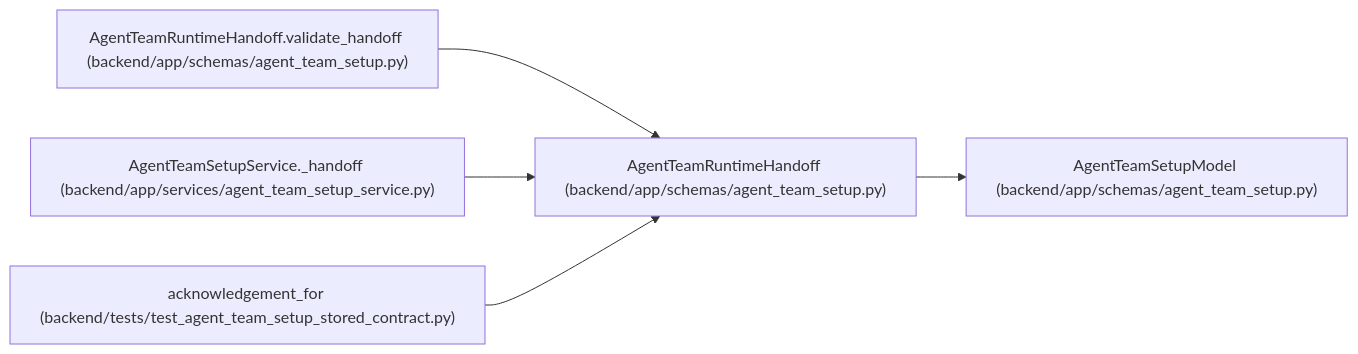
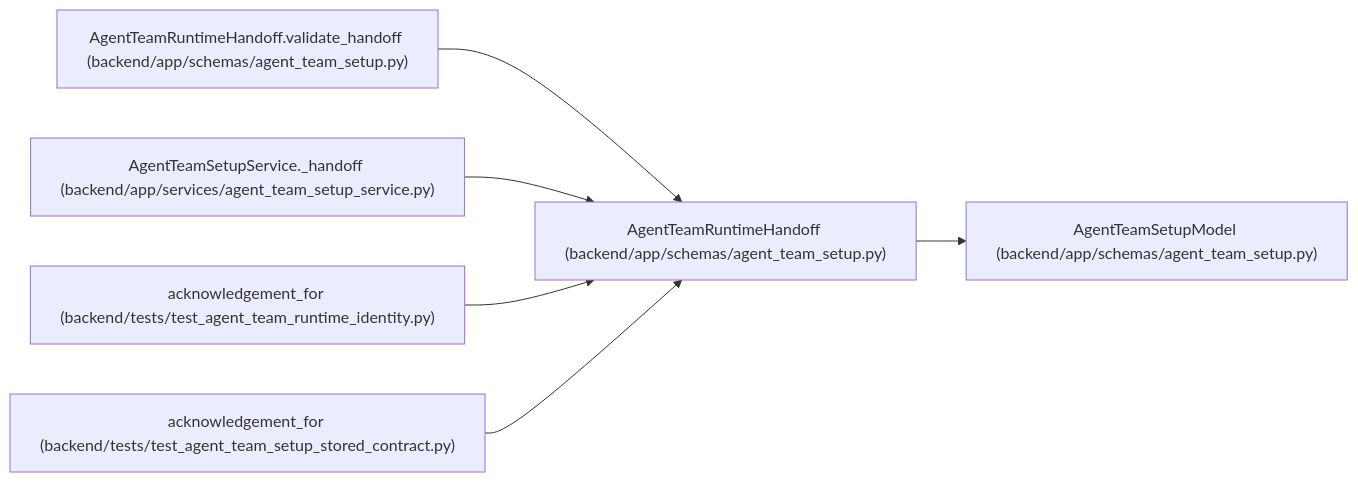
The diagram in docs/llm_wiki/entities/agent_team_setup_AgentTeamRuntimeHandoff.md (Denissvgn/WorkChord), drawn with Mermaid before and after one commit. The commit also changed other lines of this file and 722 other files, not shown here.

Commit message:
Sync the architectural wiki for the onboarding runtime instance

````diff
--- a/docs/llm_wiki/entities/agent_team_setup_AgentTeamRuntimeHandoff.md
+++ b/docs/llm_wiki/entities/agent_team_setup_AgentTeamRuntimeHandoff.md
@@ -48,17 +49,20 @@
 ```mermaid
 flowchart LR
     n0["AgentTeamRuntimeHandoff (backend/app/schemas/agent_team_setup.py)"]
     n1["AgentTeamSetupModel (backend/app/schemas/agent_team_setup.py)"]
     n2["AgentTeamRuntimeHandoff.validate_handoff (backend/app/schemas/agent_team_setup.py)"]
     n3["AgentTeamSetupService._handoff (backend/app/services/agent_team_setup_service.py)"]
-    n4["acknowledgement_for (backend/tests/test_agent_team_setup_stored_contract.py)"]
+    n4["acknowledgement_for (backend/tests/test_agent_team_runtime_identity.py)"]
+    n5["acknowledgement_for (backend/tests/test_agent_team_setup_stored_contract.py)"]
     n0 --> n1
     n2 --> n0
     n3 --> n0
     n4 --> n0
+    n5 --> n0
     click n0 "../modules/agent_team_setup.md"
     click n1 "../modules/agent_team_setup.md"
     click n2 "../modules/agent_team_setup.md"
     click n3 "../modules/agent_team_setup_service.md"
-    click n4 "../modules/test_agent_team_setup_stored_contract.md"
+    click n4 "../modules/test_agent_team_runtime_identity.md"
+    click n5 "../modules/test_agent_team_setup_stored_contract.md"
 ```
````
